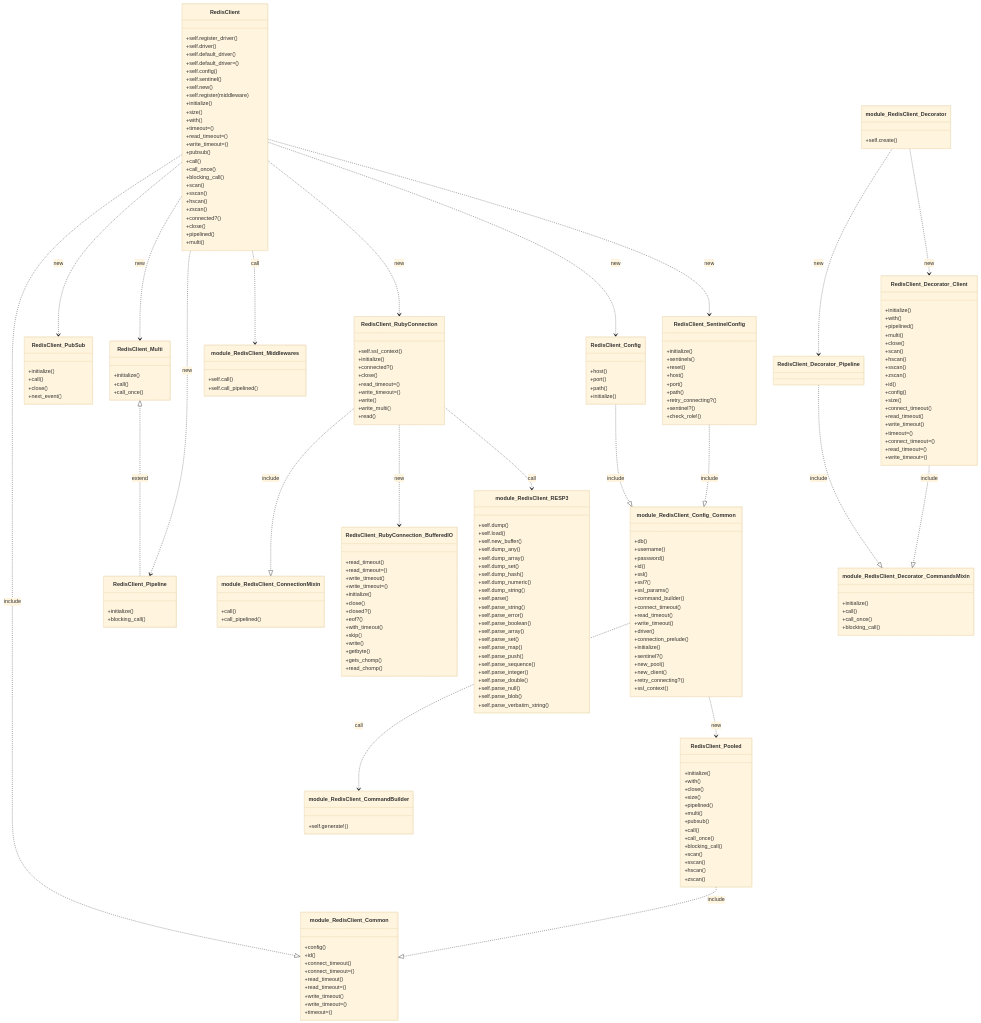
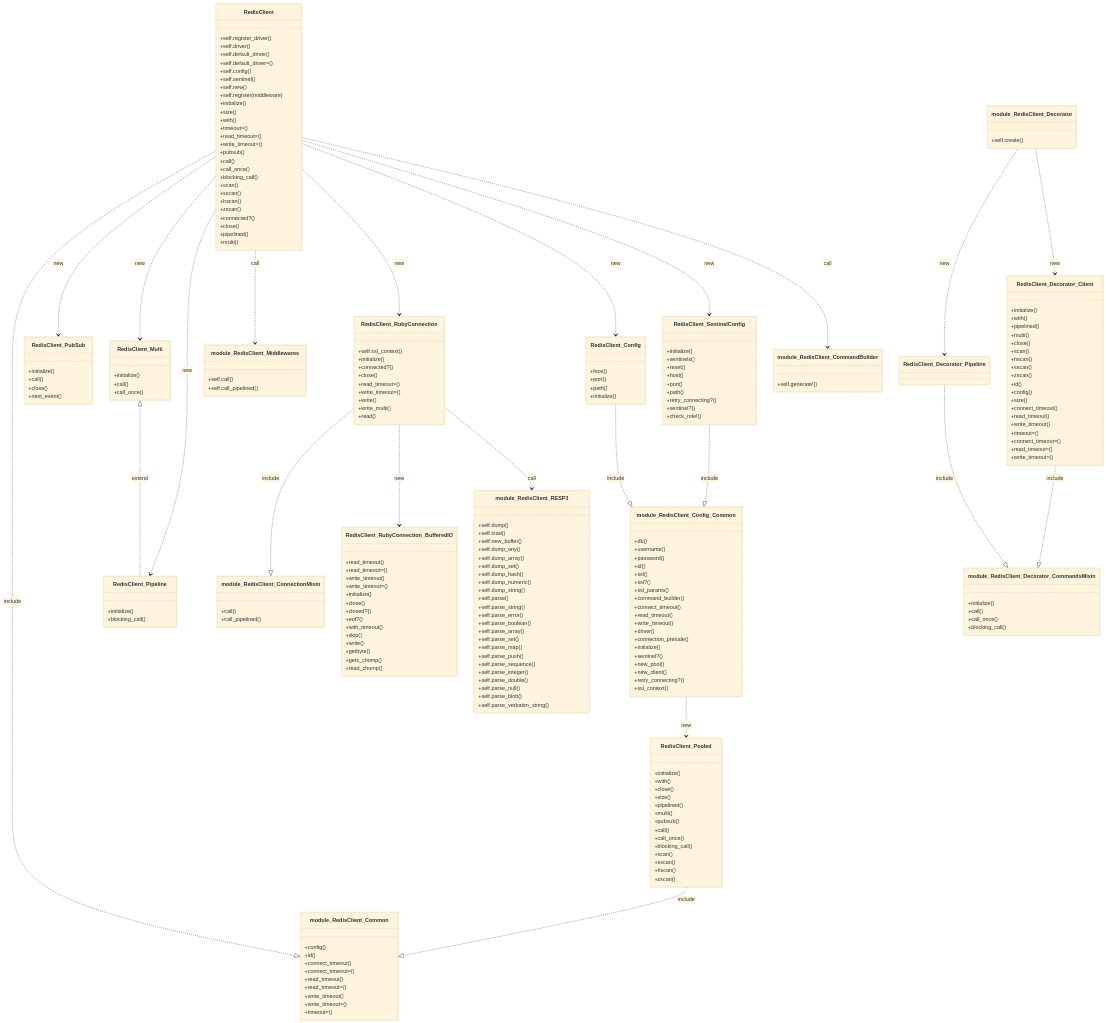
The diagram in docs/CLASS_DIAGRAM.md (redis-rb/redis-cluster-client), drawn with Mermaid (base theme) before and after one commit.

Commit message:
Fix a document

```diff
--- a/docs/CLASS_DIAGRAM.md
+++ b/docs/CLASS_DIAGRAM.md
@@ -230,11 +230,11 @@
   RedisClient ..> RedisClient_RubyConnection : new
   RedisClient ..> RedisClient_Config : new
   RedisClient ..> RedisClient_SentinelConfig : new
+  RedisClient ..> module_RedisClient_CommandBuilder : call
   RedisClient_Multi <|.. RedisClient_Pipeline : extend
 
   RedisClient_Config ..|> module_RedisClient_Config_Common : include
   RedisClient_SentinelConfig ..|> module_RedisClient_Config_Common : include
-  module_RedisClient_Config_Common ..> module_RedisClient_CommandBuilder : call
   module_RedisClient_Config_Common ..> RedisClient_Pooled : new
 
   module_RedisClient_Decorator ..> RedisClient_Decorator_Pipeline : new
```
